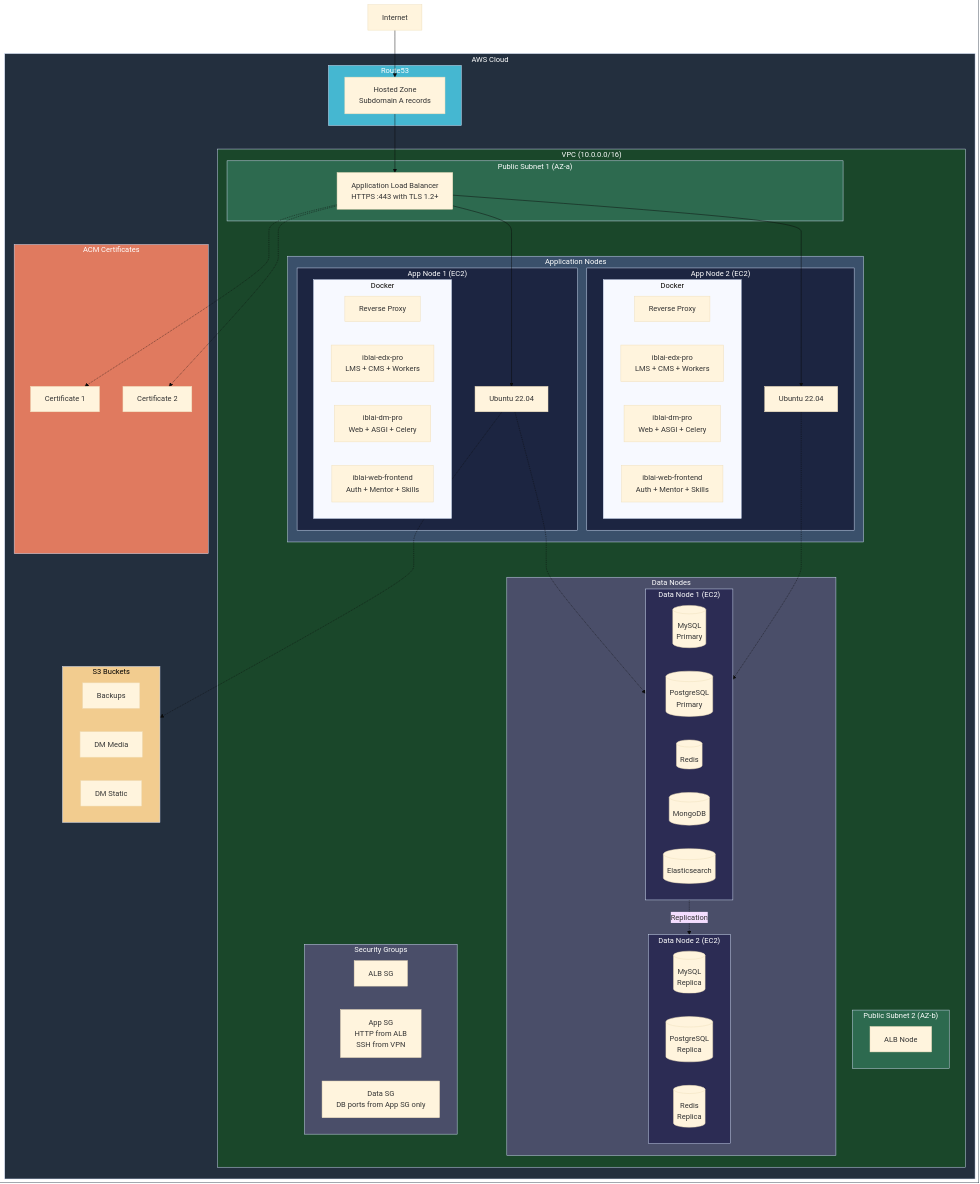
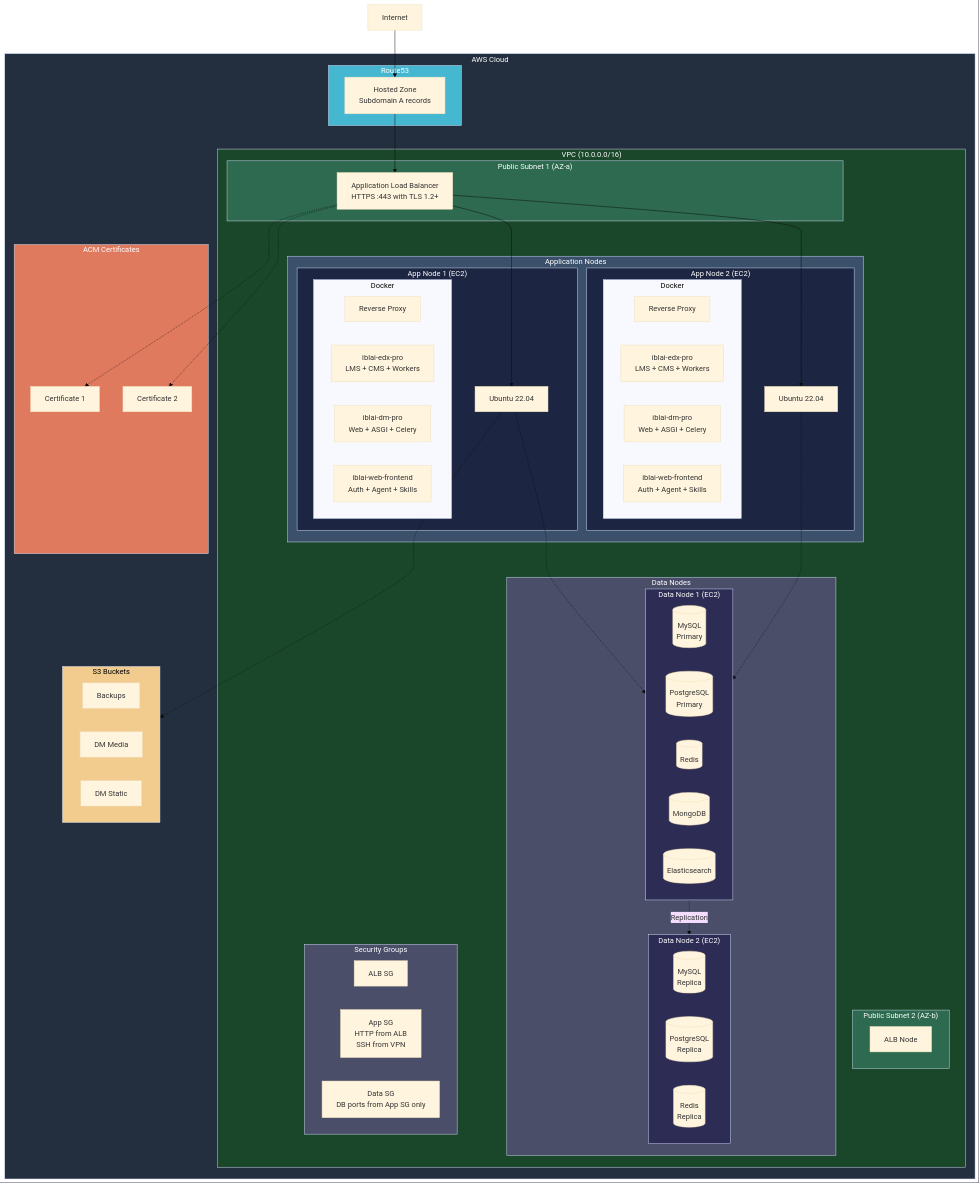
One commit to iblai/docs changed the second of 4 diagrams in developer/infrastructure/infra-architecture.md. Above: the diagram before and after it, drawn with Mermaid (base theme). The commit also changed other lines of this file and 212 other files, not shown here.

First line of the commit message:
docs: rebrand mentorAI -> Agentic OS, mentor -> agent

```diff
--- a/developer/infrastructure/infra-architecture.md
+++ b/developer/infrastructure/infra-architecture.md
@@ -136,7 +136,7 @@
                         RP1[Reverse Proxy]
                         LMS1[iblai-edx-pro\nLMS + CMS + Workers]
                         DM1[iblai-dm-pro\nWeb + ASGI + Celery]
-                        SPA1[iblai-web-frontend\nAuth + Mentor + Skills]
+                        SPA1[iblai-web-frontend\nAuth + Agent + Skills]
                     end
                 end
 
@@ -146,7 +146,7 @@
                         RP2[Reverse Proxy]
                         LMS2[iblai-edx-pro\nLMS + CMS + Workers]
                         DM2[iblai-dm-pro\nWeb + ASGI + Celery]
-                        SPA2[iblai-web-frontend\nAuth + Mentor + Skills]
+                        SPA2[iblai-web-frontend\nAuth + Agent + Skills]
                     end
                 end
 
```
